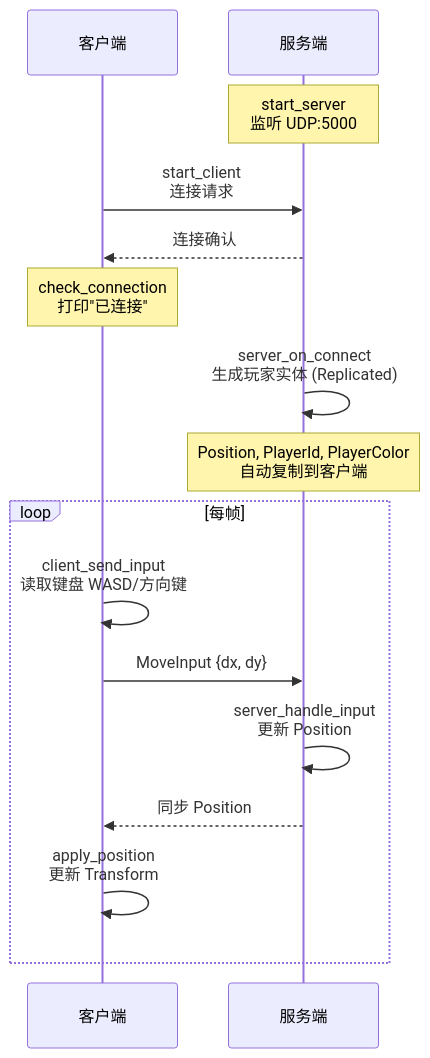
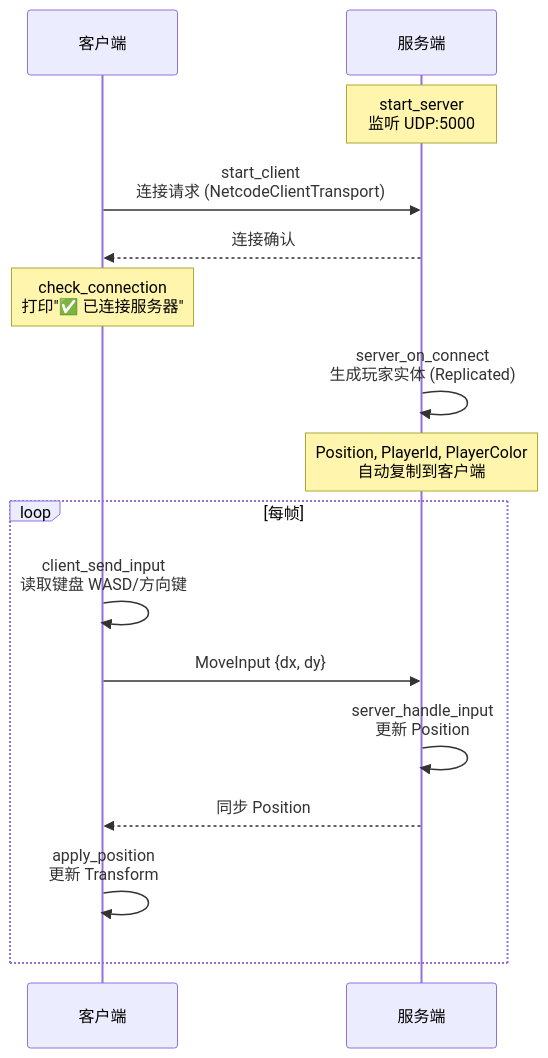
One commit to kindywu/simple_bevy changed the second of 6 diagrams in DESIGN.md. Above: the diagram before and after it, drawn with Mermaid. The commit also changed other lines of this file and 3 other files, not shown here.

````diff
--- a/DESIGN.md
+++ b/DESIGN.md
@@ -64,21 +67,21 @@
 ```mermaid
 sequenceDiagram
     participant C as 客户端
     participant S as 服务端
 
     Note over S: start_server<br/>监听 UDP:5000
-    C->>S: start_client<br/>连接请求
+    C->>S: start_client<br/>连接请求 (NetcodeClientTransport)
     S-->>C: 连接确认
-    Note over C: check_connection<br/>打印"已连接"
+    Note over C: check_connection<br/>打印"✅ 已连接服务器"
 
     S->>S: server_on_connect<br/>生成玩家实体 (Replicated)
     Note over S: Position, PlayerId, PlayerColor<br/>自动复制到客户端
 
     loop 每帧
         C->>C: client_send_input<br/>读取键盘 WASD/方向键
         C->>S: MoveInput {dx, dy}
         S->>S: server_handle_input<br/>更新 Position
         S-->>C: 同步 Position
         C->>C: apply_position<br/>更新 Transform
     end
 ```
````
